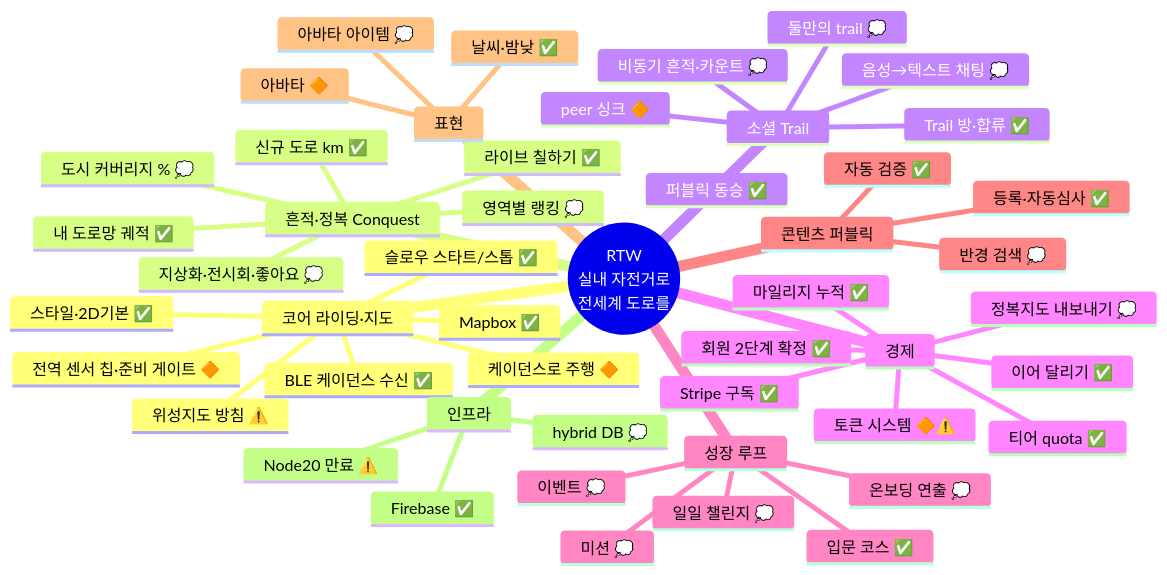
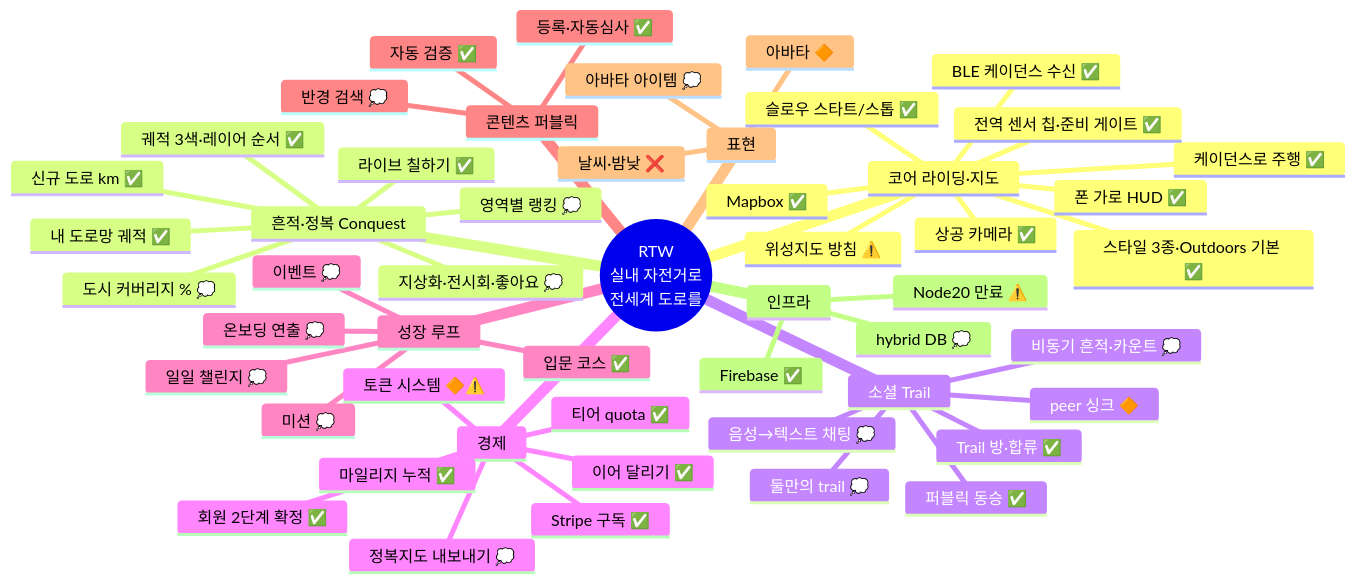
One commit to parkstery/boxcycle changed the diagram in document/260707-RTW-기능-인벤토리-상태보드.md. Above: the diagram before and after it, drawn with Mermaid. The commit also changed other lines of this file and 1 other file, not shown here.

````diff
--- a/document/260707-RTW-기능-인벤토리-상태보드.md
+++ b/document/260707-RTW-기능-인벤토리-상태보드.md
@@ -19,52 +19,55 @@
 ```mermaid
 mindmap
   root((RTW<br/>실내 자전거로<br/>전세계 도로를))
     코어 라이딩·지도
       Mapbox ✅
-      스타일·2D기본 ✅
+      스타일 3종·Outdoors 기본 ✅
+      상공 카메라 ✅
+      폰 가로 HUD ✅
       위성지도 방침 ⚠️
       슬로우 스타트/스톱 ✅
       BLE 케이던스 수신 ✅
-      케이던스로 주행 🔶
-      전역 센서 칩·준비 게이트 🔶
+      케이던스로 주행 ✅
+      전역 센서 칩·준비 게이트 ✅
     흔적·정복 Conquest
       내 도로망 궤적 ✅
+      궤적 3색·레이어 순서 ✅
       신규 도로 km ✅
       라이브 칠하기 ✅
       도시 커버리지 % 💭
       지상화·전시회·좋아요 💭
       영역별 랭킹 💭
     소셜 Trail
       Trail 방·합류 ✅
       퍼블릭 동승 ✅
       peer 싱크 🔶
       비동기 흔적·카운트 💭
       둘만의 trail 💭
       음성→텍스트 채팅 💭
     경제
       티어 quota ✅
       이어 달리기 ✅
       Stripe 구독 ✅
       마일리지 누적 ✅
       토큰 시스템 🔶⚠️
       회원 2단계 확정 ✅
       정복지도 내보내기 💭
     성장 루프
       입문 코스 ✅
       온보딩 연출 💭
       미션 💭
       이벤트 💭
       일일 챌린지 💭
     콘텐츠 퍼블릭
       등록·자동심사 ✅
       자동 검증 ✅
       반경 검색 💭
     표현
-      날씨·밤낮 ✅
+      날씨·밤낮 ❌
       아바타 🔶
       아바타 아이템 💭
     인프라
       Firebase ✅
       hybrid DB 💭
       Node20 만료 ⚠️
 ```
````
